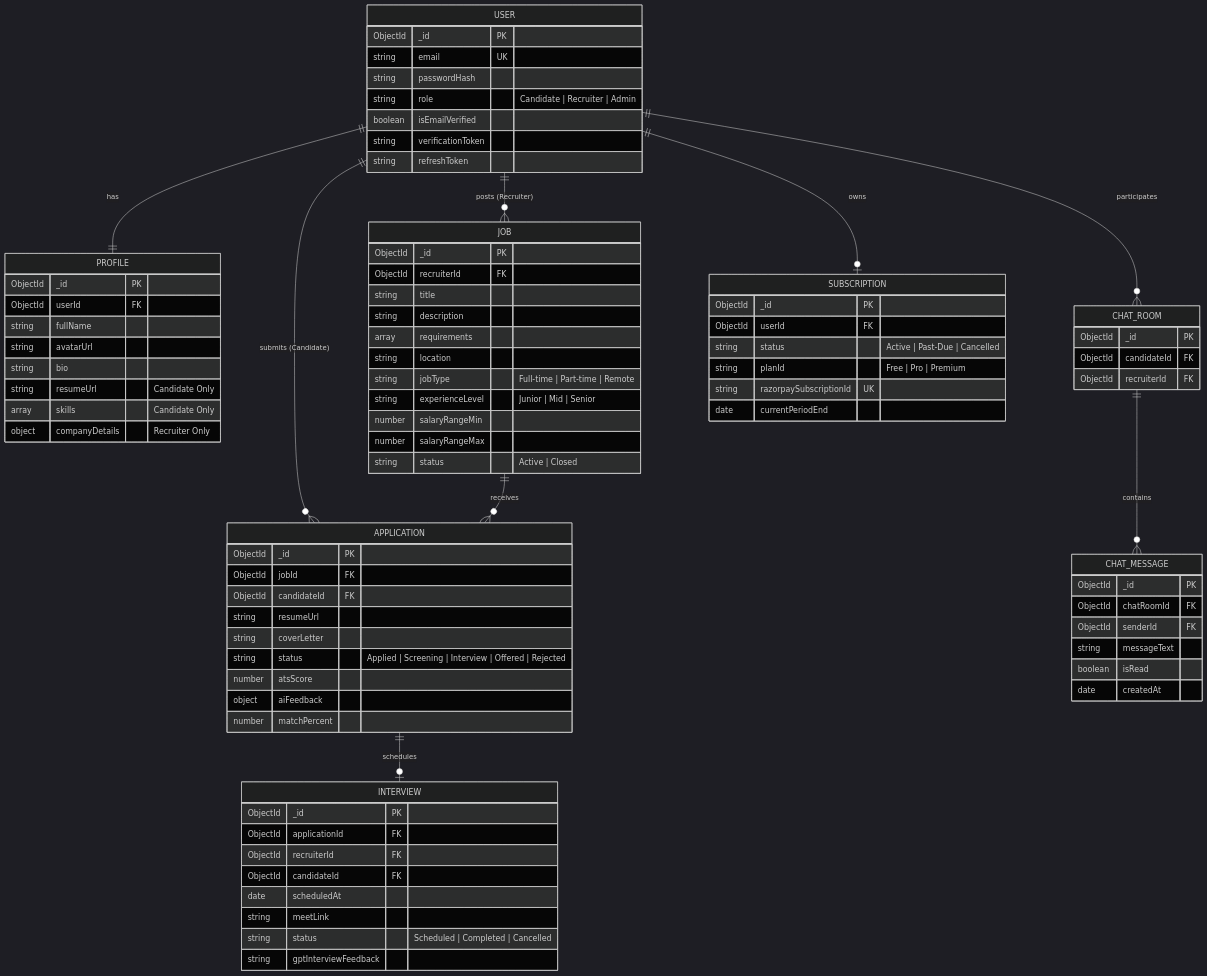
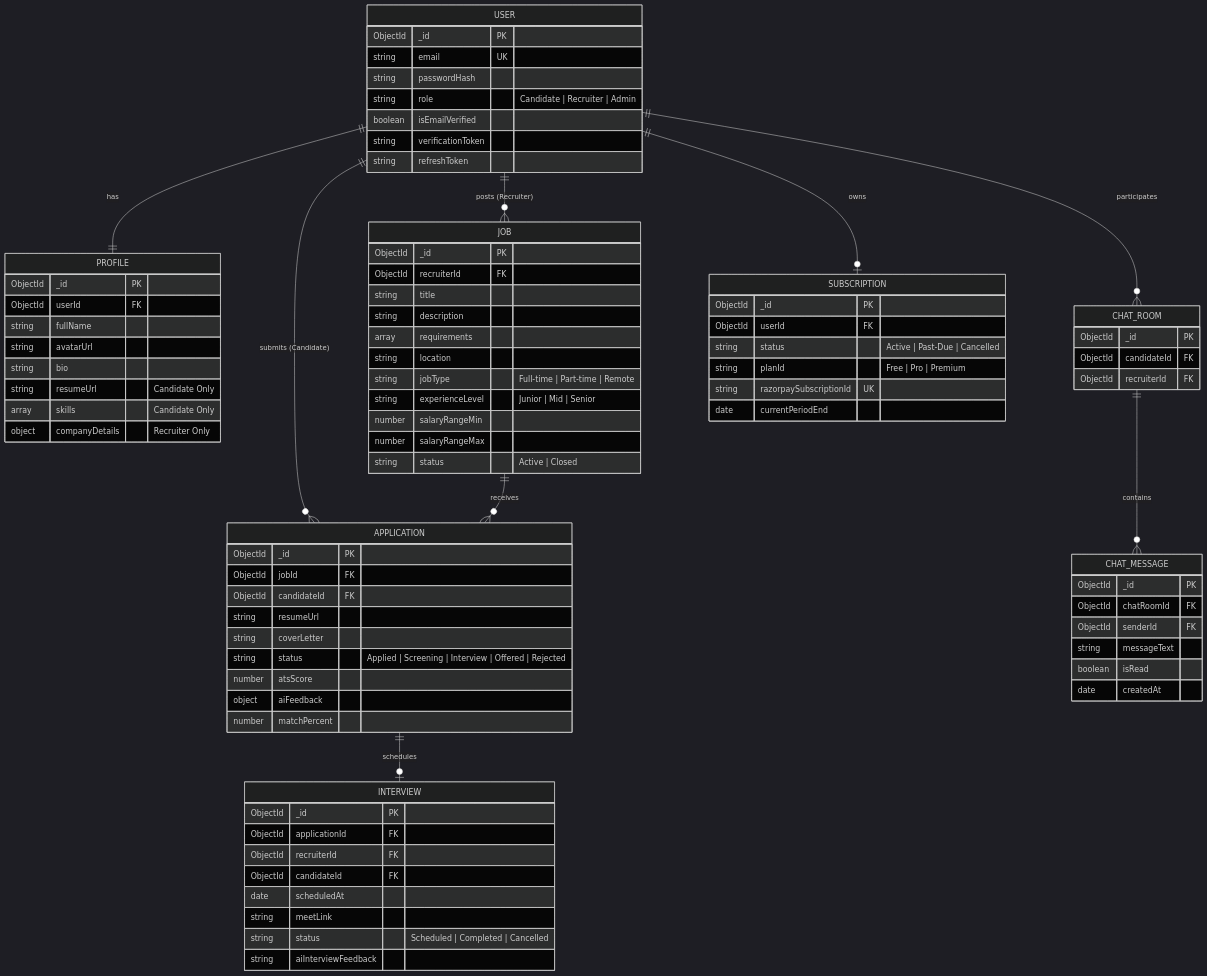
The diagram in docs/DATABASE.md (nikhilthange/ai-powered-interview-hiring-platform), drawn with Mermaid (dark theme) before and after one commit. The commit also changed other lines of this file and 14 other files, not shown here.

```diff
--- a/docs/DATABASE.md
+++ b/docs/DATABASE.md
@@ -63,7 +63,7 @@
         date scheduledAt
         string meetLink
         string status "Scheduled | Completed | Cancelled"
-        string gptInterviewFeedback
+        string aiInterviewFeedback
     }
 
     CHAT_ROOM {
```
